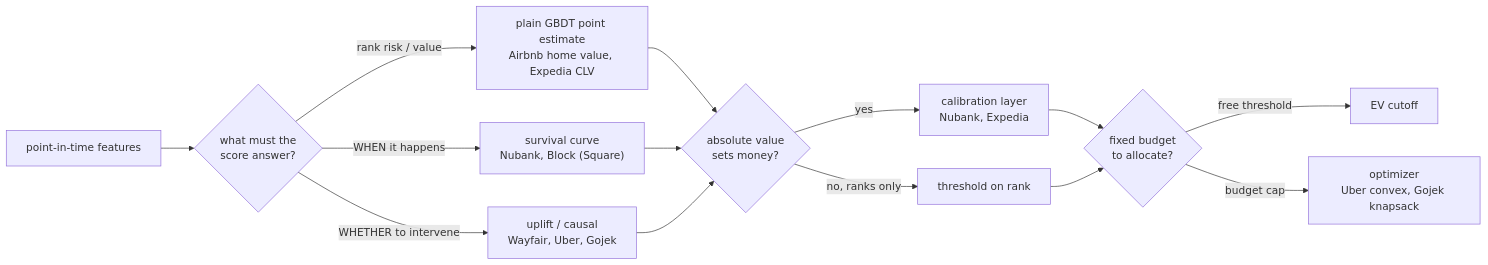
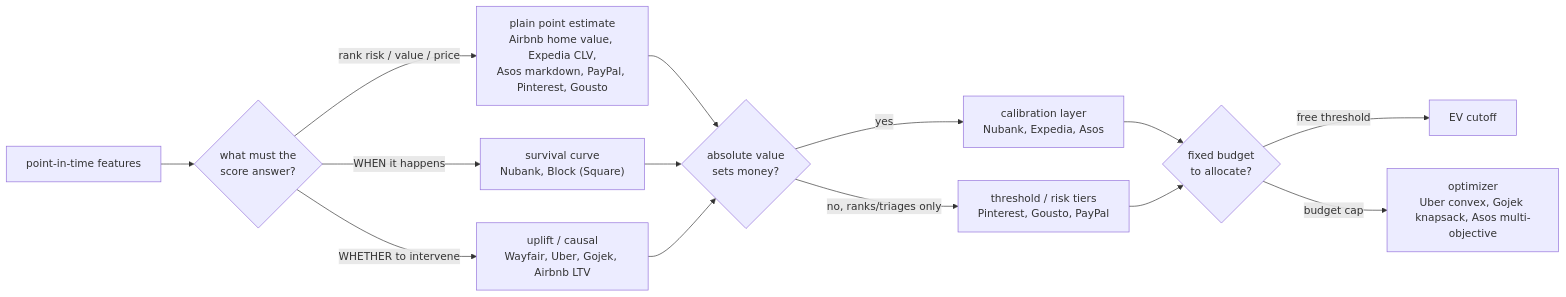
Diagram 25 of 36 in CASE-STUDIES.md (neurarch-ai/awesome-ml-system-design), drawn with Mermaid before and after one commit. The commit also changed other lines of this file and 1 other file, not shown here.

First line of the commit message:
Refresh comparative diagrams + teardowns for the newly added cases

````diff
--- a/CASE-STUDIES.md
+++ b/CASE-STUDIES.md
@@ -1014,16 +1053,16 @@
 ```mermaid
 flowchart LR
   F["point-in-time features"] --> B1{"what must the<br/>score answer?"}
-  B1 -->|"rank risk / value"| GBDT["plain GBDT point estimate<br/>Airbnb home value, Expedia CLV"]
+  B1 -->|"rank risk / value / price"| GBDT["plain point estimate<br/>Airbnb home value, Expedia CLV,<br/>Asos markdown, PayPal, Pinterest, Gousto"]
   B1 -->|"WHEN it happens"| SURV["survival curve<br/>Nubank, Block (Square)"]
-  B1 -->|"WHETHER to intervene"| CAUSE["uplift / causal<br/>Wayfair, Uber, Gojek"]
+  B1 -->|"WHETHER to intervene"| CAUSE["uplift / causal<br/>Wayfair, Uber, Gojek, Airbnb LTV"]
   GBDT --> B2{"absolute value<br/>sets money?"}
   SURV --> B2
   CAUSE --> B2
-  B2 -->|"yes"| CAL["calibration layer<br/>Nubank, Expedia"]
-  B2 -->|"no, ranks only"| RANK["threshold on rank"]
+  B2 -->|"yes"| CAL["calibration layer<br/>Nubank, Expedia, Asos"]
+  B2 -->|"no, ranks/triages only"| RANK["threshold / risk tiers<br/>Pinterest, Gousto, PayPal"]
   CAL --> B3{"fixed budget<br/>to allocate?"}
   RANK --> B3
   B3 -->|"free threshold"| EV["EV cutoff"]
-  B3 -->|"budget cap"| OPT["optimizer<br/>Uber convex, Gojek knapsack"]
+  B3 -->|"budget cap"| OPT["optimizer<br/>Uber convex, Gojek knapsack, Asos multi-objective"]
 ```
````
